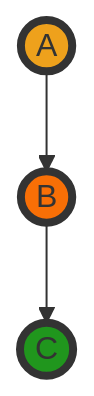
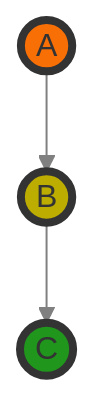
One commit to OmenApps/django-directed changed the eighth of 17 diagrams in docs/terminology.md. Above: the diagram before and after it, drawn with Mermaid. The commit also changed other lines of this file, not shown here.

First line of the commit message:
Improved appearance of graphs

````diff
--- a/docs/terminology.md
+++ b/docs/terminology.md
@@ -115,13 +147,15 @@
 ```{mermaid}
 graph TD;
     A((A));
     B((B));
     C((C));
     
     A-->B;
     B-->C;
 
-    style A fill:#eea11c,stroke:#333,stroke-width:4px;
-    style B fill:#f86f06,stroke:#333,stroke-width:4px;
+    style A fill:#f86f06,stroke:#333,stroke-width:4px;
+    style B fill:#bdad01,stroke:#333,stroke-width:4px;
     style C fill:#20961d,stroke:#333,stroke-width:4px;
+
+    linkStyle default fill:none,stroke:gray
 ```
````
